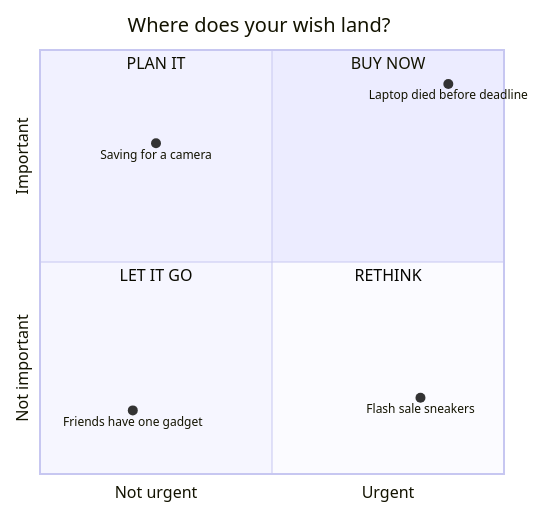
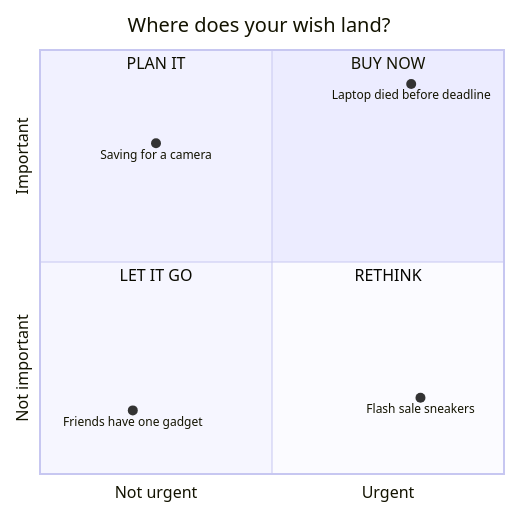
Before and after one commit to Elfachry/Pondr: the second of 2 diagrams in README.md, drawn with Mermaid. The commit also changed other lines of this file, not shown here.

````diff
--- a/README.md
+++ b/README.md
@@ -110,14 +144,14 @@
 ```mermaid
 quadrantChart
     title Where does your wish land?
     x-axis Not urgent --> Urgent
     y-axis Not important --> Important
     quadrant-1 BUY NOW
     quadrant-2 PLAN IT
     quadrant-3 LET IT GO
     quadrant-4 RETHINK
-    "Laptop died before deadline": [0.88, 0.92]
+    "Laptop died before deadline": [0.80, 0.92]
     "Saving for a camera": [0.25, 0.78]
     "Flash sale sneakers": [0.82, 0.18]
     "Friends have one gadget": [0.2, 0.15]
 ```
````
